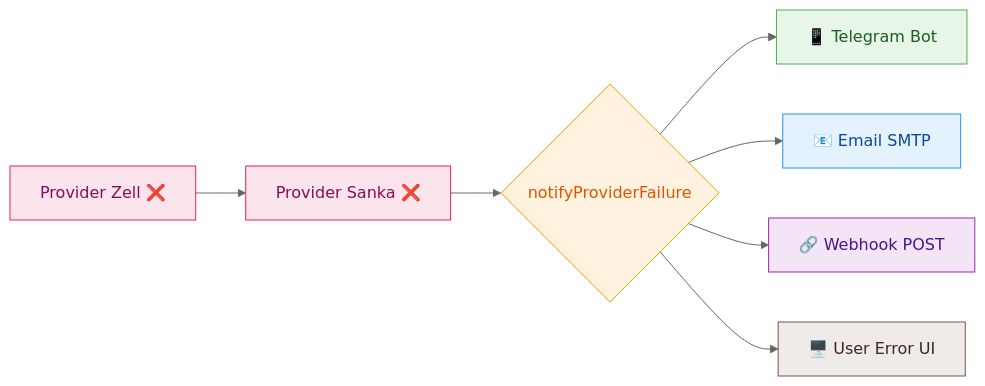
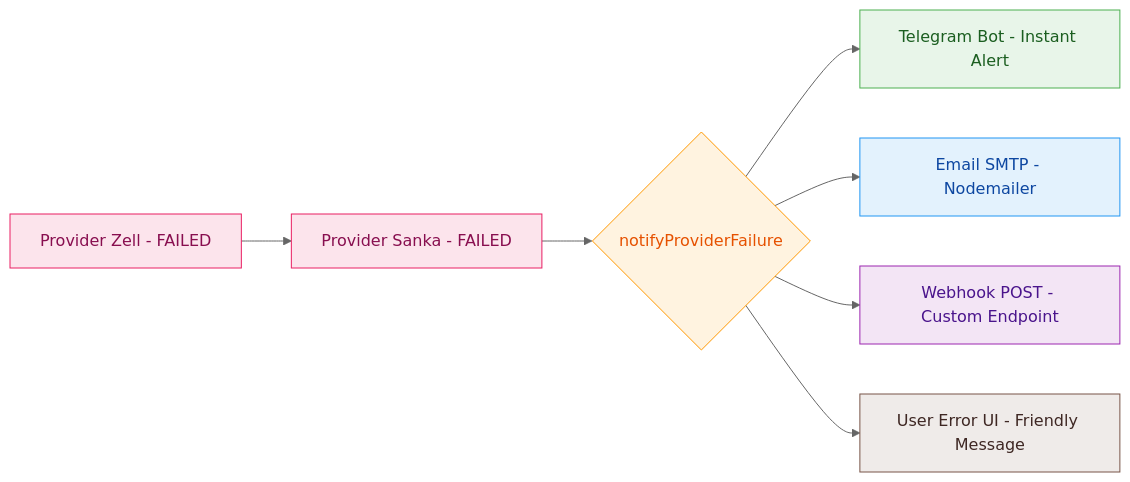
Before and after one commit to jundy779/FusionTik: the sixth of 6 diagrams in README.md, drawn with Mermaid (neutral theme). The commit also changed other lines of this file, not shown here.

First line of the commit message:
fix: fix all Mermaid diagram syntax errors for GitHub rendering

````diff
--- a/README.md
+++ b/README.md
@@ -738,17 +728,17 @@
 ```mermaid
 flowchart LR
-    A[Provider Zell ❌] --> B[Provider Sanka ❌]
-    B --> C{notifyProviderFailure}
-    C --> D[📱 Telegram Bot]
-    C --> E[📧 Email SMTP]
-    C --> F[🔗 Webhook POST]
-    C --> G[🖥️ User Error UI]
+    A["Provider Zell - FAILED"] --> B["Provider Sanka - FAILED"]
+    B --> C{"notifyProviderFailure"}
+    C --> D["Telegram Bot - Instant Alert"]
+    C --> E["Email SMTP - Nodemailer"]
+    C --> F["Webhook POST - Custom Endpoint"]
+    C --> G["User Error UI - Friendly Message"]
 
     style A fill:#fce4ec,stroke:#e91e63,color:#880e4f
     style B fill:#fce4ec,stroke:#e91e63,color:#880e4f
     style C fill:#fff3e0,stroke:#ff9800,color:#e65100
     style D fill:#e8f5e9,stroke:#4caf50,color:#1b5e20
     style E fill:#e3f2fd,stroke:#2196f3,color:#0d47a1
     style F fill:#f3e5f5,stroke:#9c27b0,color:#4a148c
     style G fill:#efebe9,stroke:#795548,color:#3e2723
 ```
````
